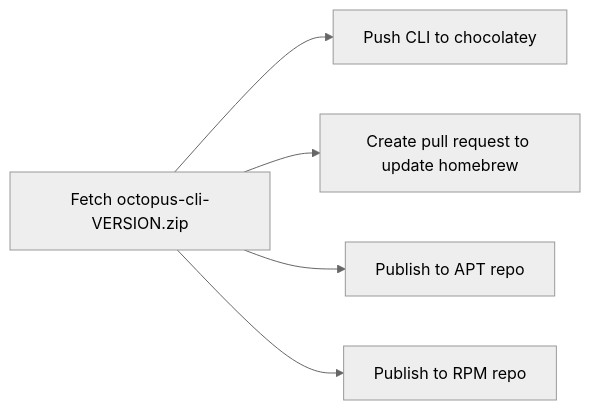
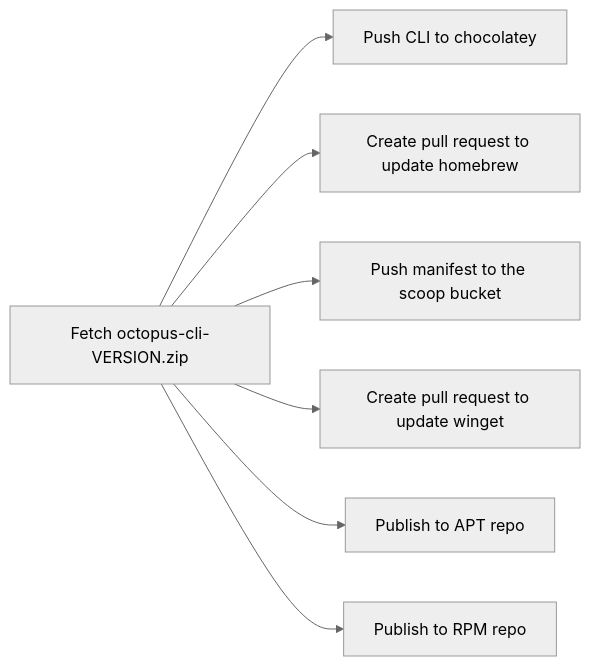
The fifth of 5 diagrams in DISTRIBUTION.md (OctopusDeploy/cli), drawn with Mermaid (neutral theme) before and after one commit. The commit also changed other lines of this file and 4 other files, not shown here.

````diff
--- a/DISTRIBUTION.md
+++ b/DISTRIBUTION.md
@@ -70,13 +70,17 @@
 ```mermaid
 flowchart LR
 start[Fetch octopus-cli-VERSION.zip]
 choco-push[Push CLI to chocolatey]
 homebrew-pr[Create pull request to update homebrew]
+scoop-push[Push manifest to the scoop bucket]
+winget-pr[Create pull request to update winget]
 apt-push[Publish to APT repo]
 rpm-push[Publish to RPM repo]
 
 start-->choco-push
 start-->homebrew-pr
+start-->scoop-push
+start-->winget-pr
 start-->apt-push
 start-->rpm-push
 ```
````
